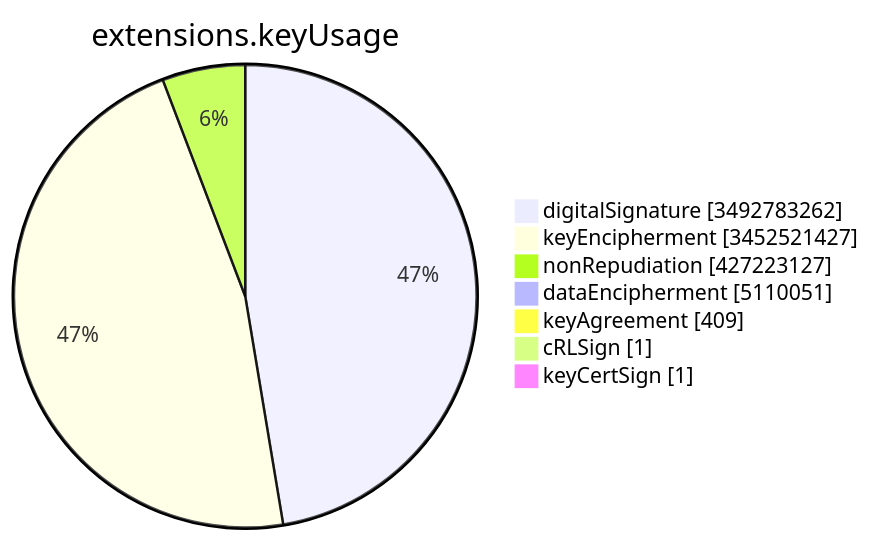
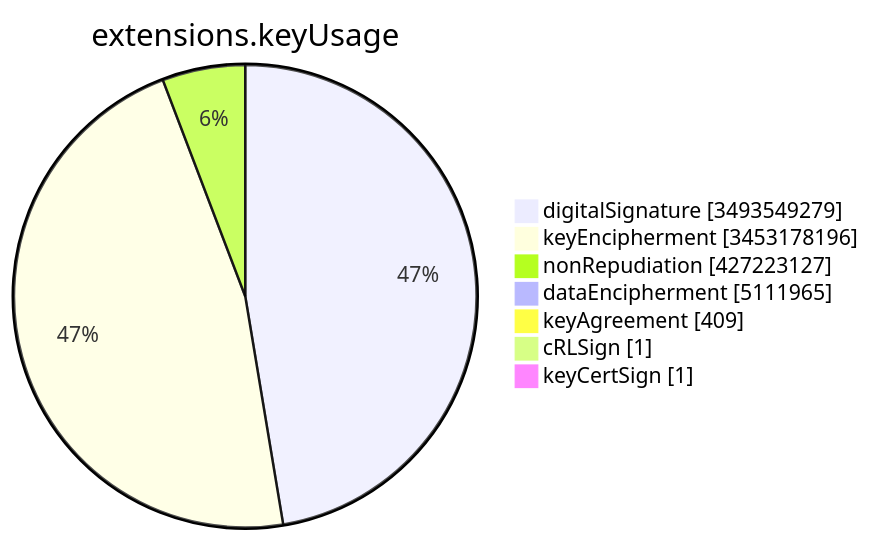
Before and after one commit to christiankrug/ctmonitor_visualization: the sixth of 15 diagrams in TOTAL/README.md, drawn with Mermaid. The commit also changed other lines of this file, not shown here.

````diff
--- a/TOTAL/README.md
+++ b/TOTAL/README.md
@@ -3083,11 +3083,11 @@
 ```mermaid
 pie showData
 title extensions.keyUsage
-"digitalSignature" :3492783262
-"keyEncipherment" :3452521427
+"digitalSignature" :3493549279
+"keyEncipherment" :3453178196
 "nonRepudiation" :427223127
-"dataEncipherment" :5110051
+"dataEncipherment" :5111965
 "keyAgreement" :409
 "cRLSign" :1
 "keyCertSign" :1
 ```
````
